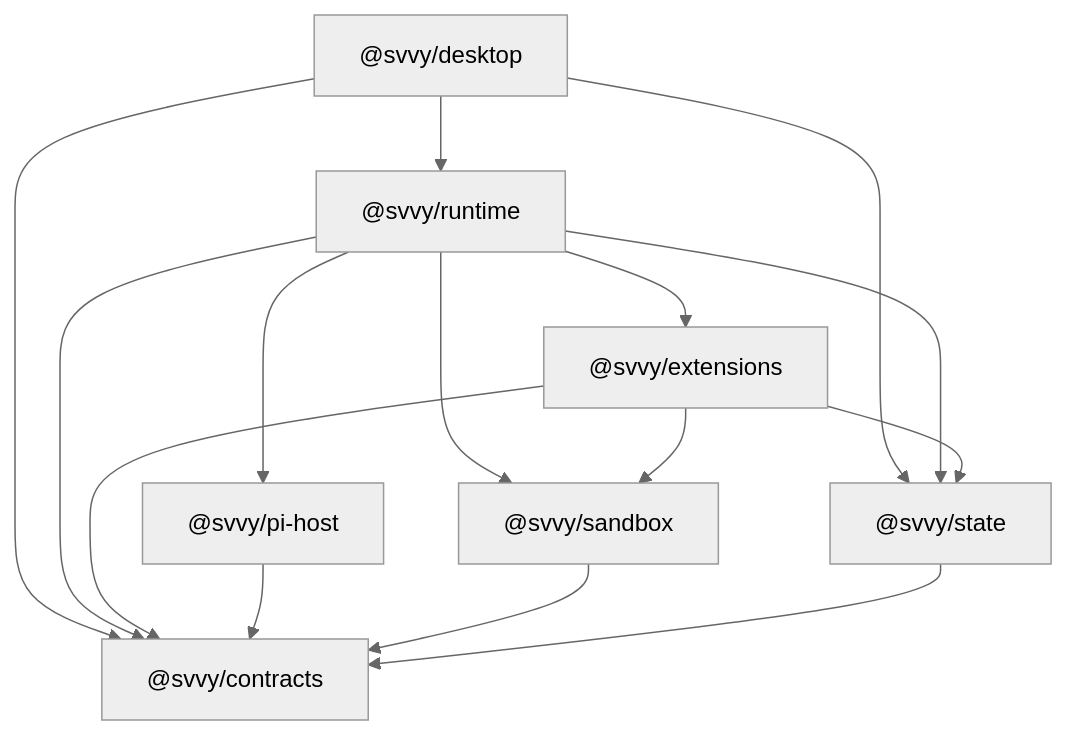
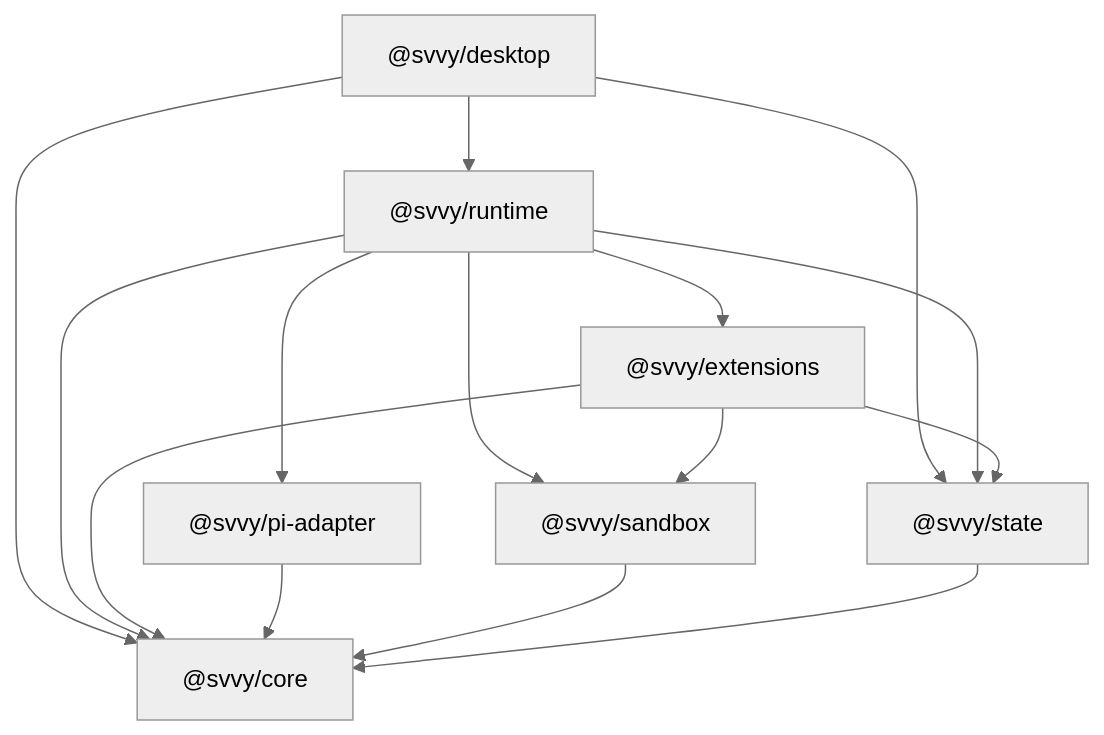
One commit to 0xpolarzero/hellm changed the diagram in docs/specs/package-architecture.todo/package-architecture.spec.todo.md. Above: the diagram before and after it, drawn with Mermaid (neutral theme). The commit also changed other lines of this file and 10 other files, not shown here.

Commit message:
docs: update package architecture refactor spec

````diff
--- a/docs/specs/package-architecture.todo/package-architecture.spec.todo.md
+++ b/docs/specs/package-architecture.todo/package-architecture.spec.todo.md
@@ -82,30 +87,30 @@
 ```mermaid
 graph TD
   desktop["@svvy/desktop"]
   runtime["@svvy/runtime"]
   extensions["@svvy/extensions"]
-  pi["@svvy/pi-host"]
+  pi["@svvy/pi-adapter"]
   sandbox["@svvy/sandbox"]
   state["@svvy/state"]
-  contracts["@svvy/contracts"]
+  core["@svvy/core"]
 
   desktop --> runtime
   desktop --> state
-  desktop --> contracts
+  desktop --> core
 
   runtime --> extensions
   runtime --> pi
   runtime --> sandbox
   runtime --> state
-  runtime --> contracts
+  runtime --> core
 
   extensions --> sandbox
   extensions --> state
-  extensions --> contracts
+  extensions --> core
 
-  pi --> contracts
+  pi --> core
 
-  sandbox --> contracts
+  sandbox --> core
 
-  state --> contracts
+  state --> core
 ```
````
